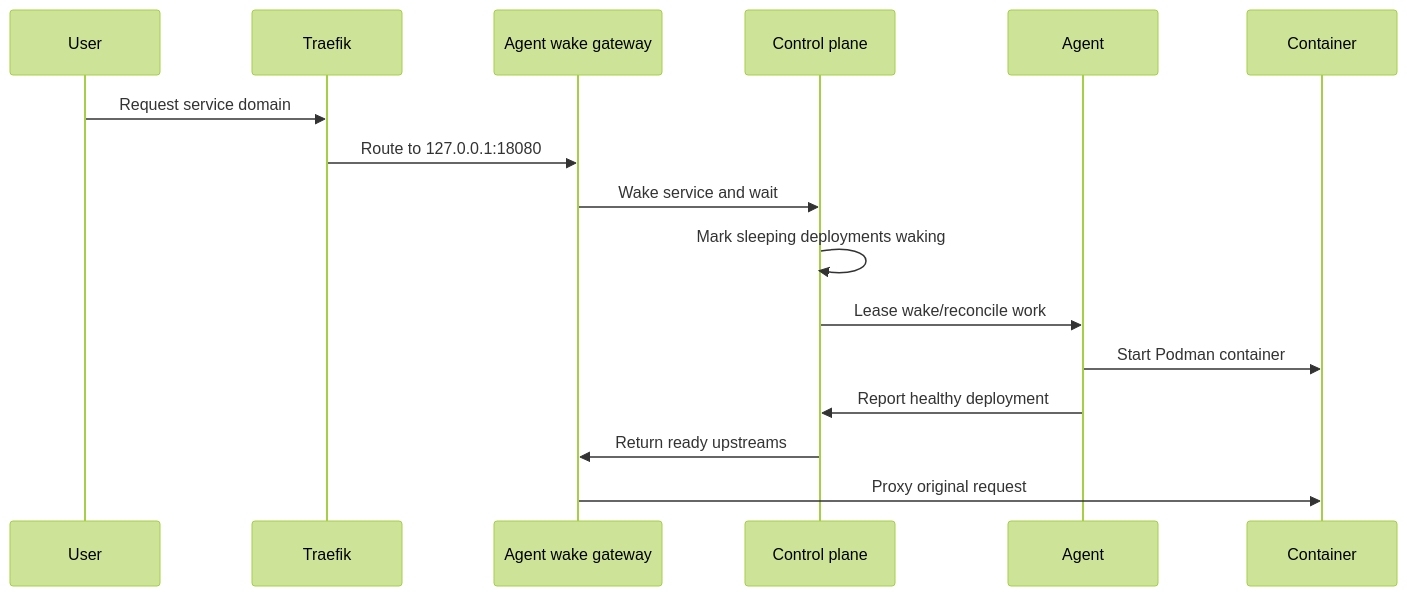
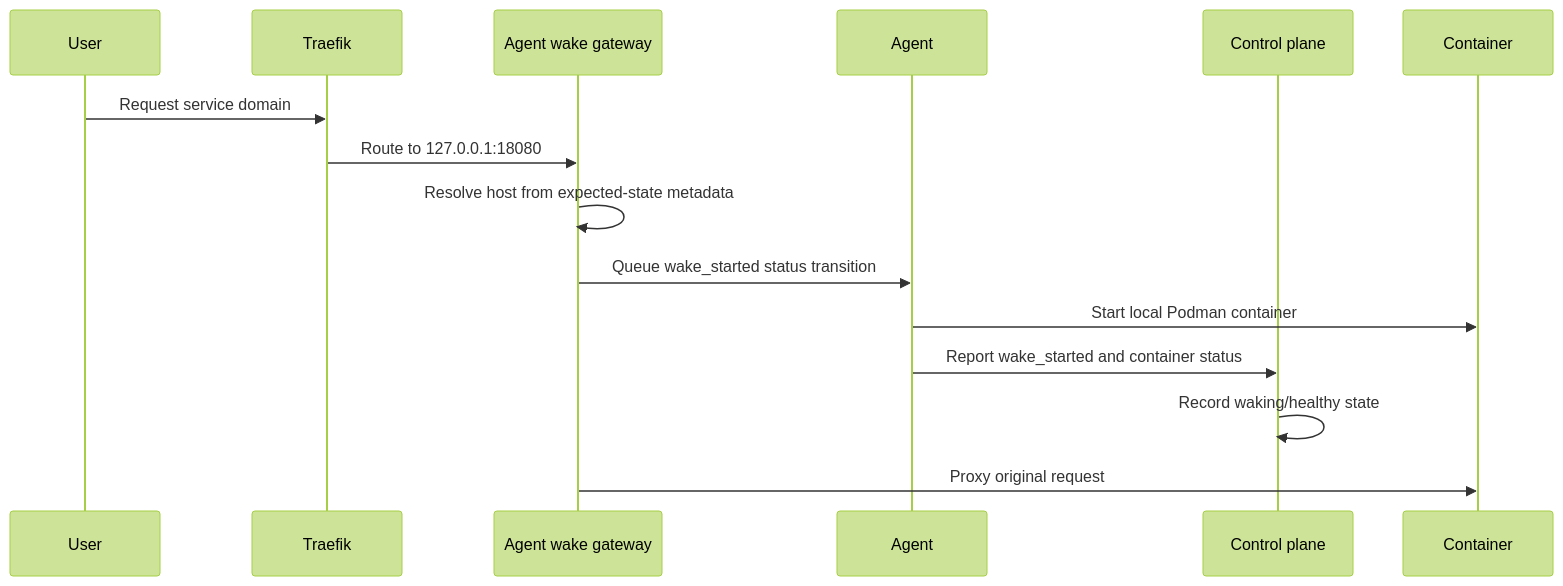
One commit to techulus/cloud changed the third of 3 diagrams in docs/architecture.mdx. Above: the diagram before and after it, drawn with Mermaid (forest theme). The commit also changed other lines of this file and 25 other files, not shown here.

````diff
--- a/docs/architecture.mdx
+++ b/docs/architecture.mdx
@@ -221,19 +226,18 @@
 ```mermaid
 sequenceDiagram
     participant User
     participant Traefik
     participant Gateway as Agent wake gateway
+    participant Agent
     participant CP as Control plane
-    participant Agent
     participant Container
 
     User->>Traefik: Request service domain
     Traefik->>Gateway: Route to 127.0.0.1:18080
-    Gateway->>CP: Wake service and wait
-    CP->>CP: Mark sleeping deployments waking
-    CP->>Agent: Lease wake/reconcile work
-    Agent->>Container: Start Podman container
-    Agent->>CP: Report healthy deployment
-    CP->>Gateway: Return ready upstreams
+    Gateway->>Gateway: Resolve host from expected-state metadata
+    Gateway->>Agent: Queue wake_started status transition
+    Agent->>Container: Start local Podman container
+    Agent->>CP: Report wake_started and container status
+    CP->>CP: Record waking/healthy state
     Gateway->>Container: Proxy original request
 ```
````
